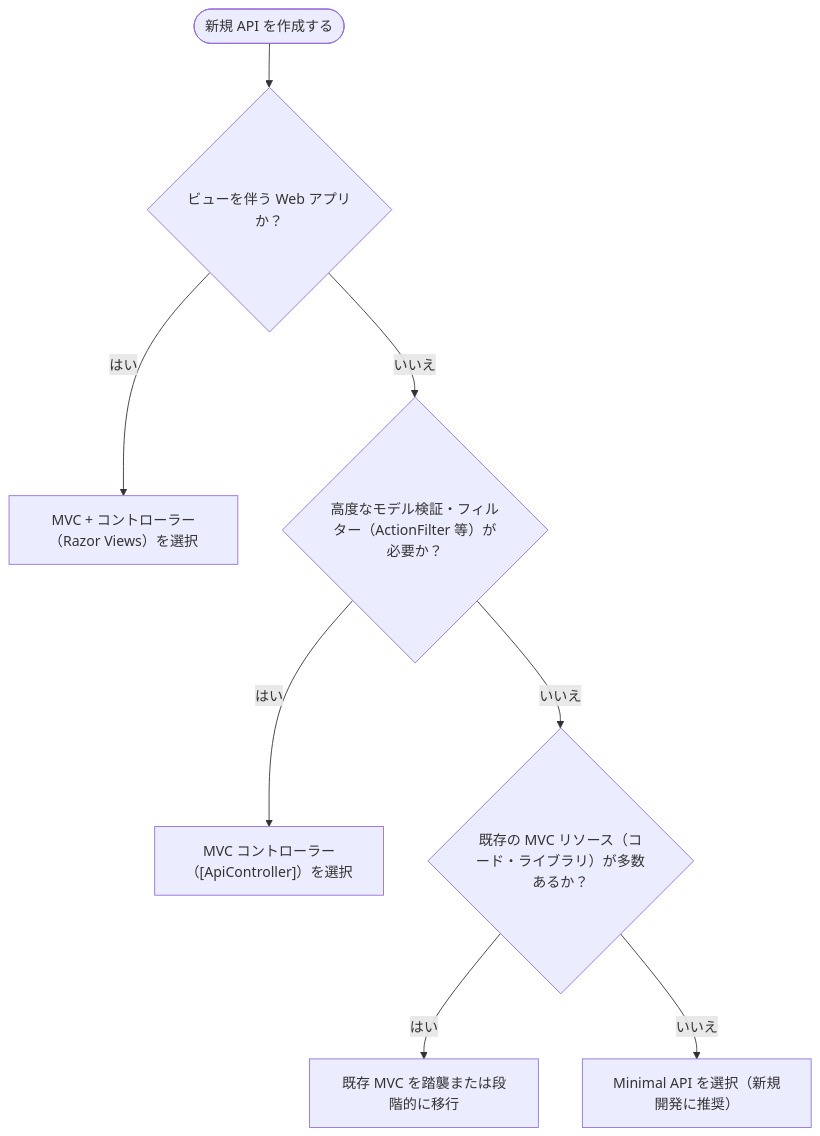
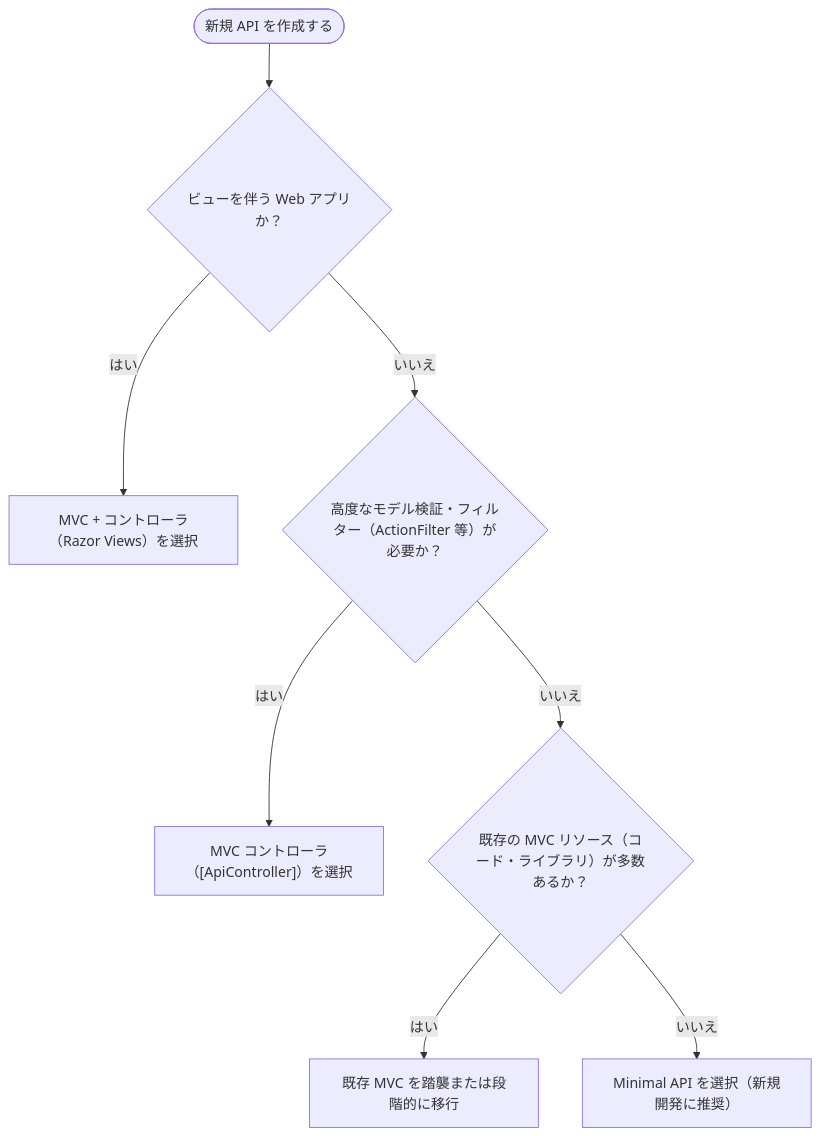
One commit to microsoft/aspnetcore-ja-handbook changed the third of 3 diagrams in docs/04-minimal-api.md. Above: the diagram before and after it, drawn with Mermaid. The commit also changed other lines of this file and 3 other files, not shown here.

````diff
--- a/docs/04-minimal-api.md
+++ b/docs/04-minimal-api.md
@@ -779,11 +779,11 @@
 ```mermaid
 flowchart TD
     Start(["新規 API を作成する"])
     Start --> Q1{"ビューを伴う Web アプリか？"}
-    Q1 -->|はい| MVC1["MVC + コントローラー（Razor Views）を選択"]
+    Q1 -->|はい| MVC1["MVC + コントローラ（Razor Views）を選択"]
     Q1 -->|いいえ| Q2{"高度なモデル検証・フィルター（ActionFilter 等）が必要か？"}
-    Q2 -->|はい| MVC2["MVC コントローラー（[ApiController]）を選択"]
+    Q2 -->|はい| MVC2["MVC コントローラ（[ApiController]）を選択"]
     Q2 -->|いいえ| Q3{"既存の MVC リソース（コード・ライブラリ）が多数あるか？"}
     Q3 -->|はい| MVC3["既存 MVC を踏襲または段階的に移行"]
     Q3 -->|いいえ| Minimal["Minimal API を選択（新規開発に推奨）"]
 ```
````
